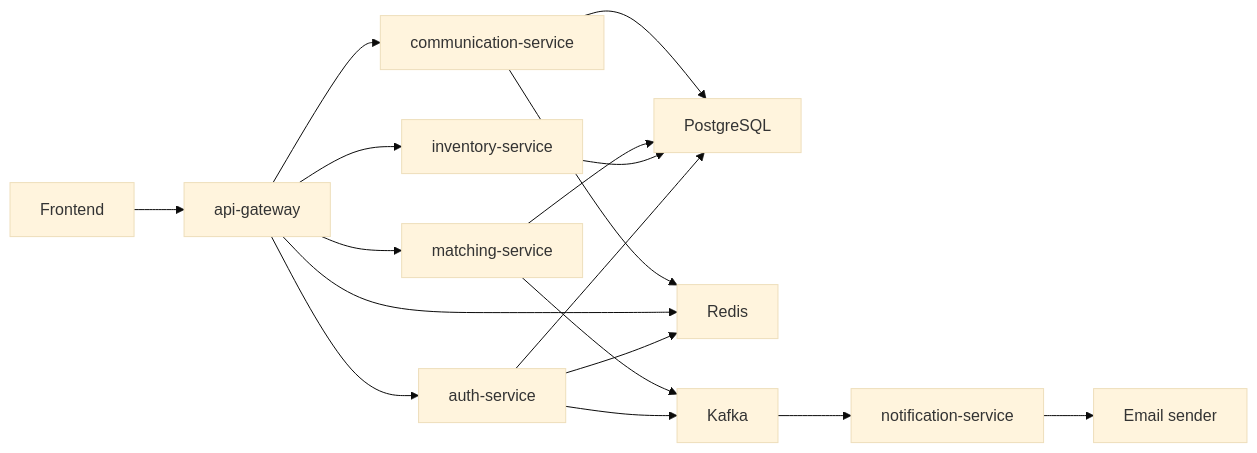
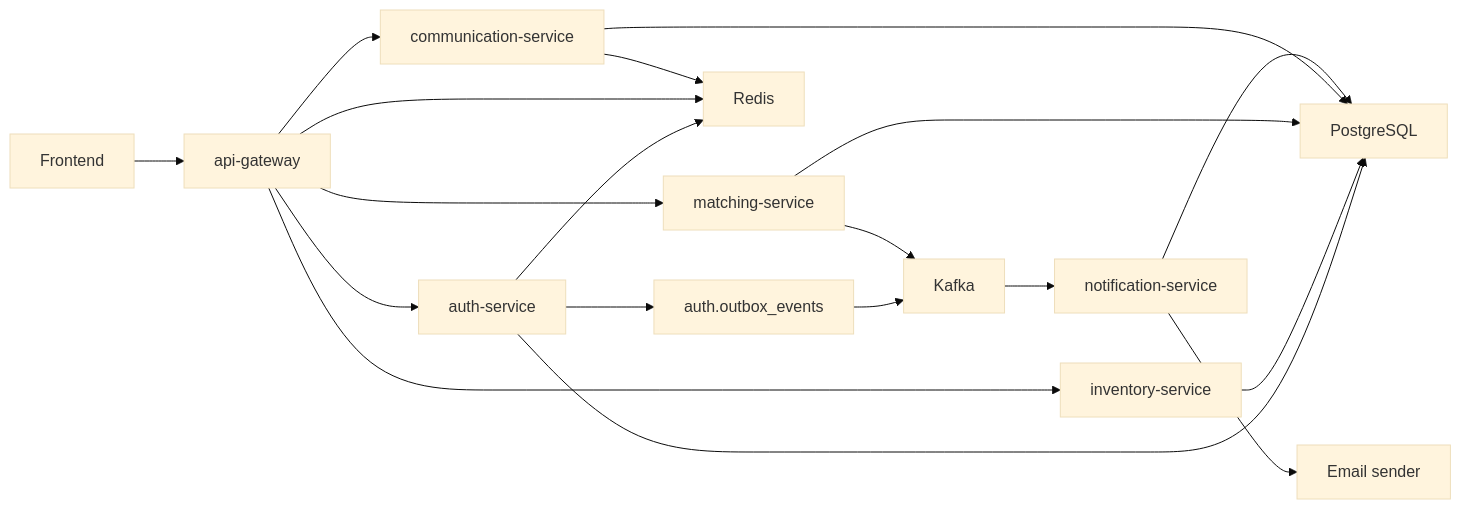
The diagram in docs/architecture.md (tmcrypted/berusmenu), drawn with Mermaid (base theme) before and after one commit. The commit also changed other lines of this file and 29 other files, not shown here.

Commit message:
add kafka outbox and few things

````diff
--- a/docs/architecture.md
+++ b/docs/architecture.md
@@ -9,22 +9,24 @@
 ```mermaid
 flowchart LR
     FE["Frontend"] --> GW["api-gateway"]
     GW --> AUTH["auth-service"]
     GW --> INV["inventory-service"]
     GW --> MATCH["matching-service"]
     GW --> COMM["communication-service"]
 
     AUTH --> PG["PostgreSQL"]
     INV --> PG
     MATCH --> PG
     COMM --> PG
 
     AUTH --> R["Redis"]
     GW --> R
     COMM --> R
 
-    AUTH --> K["Kafka"]
+    AUTH --> OUTBOX["auth.outbox_events"]
+    OUTBOX --> K["Kafka"]
     MATCH --> K
     K --> NOTIF["notification-service"]
+    NOTIF --> PG
     NOTIF --> MAIL["Email sender"]
 ```
````
